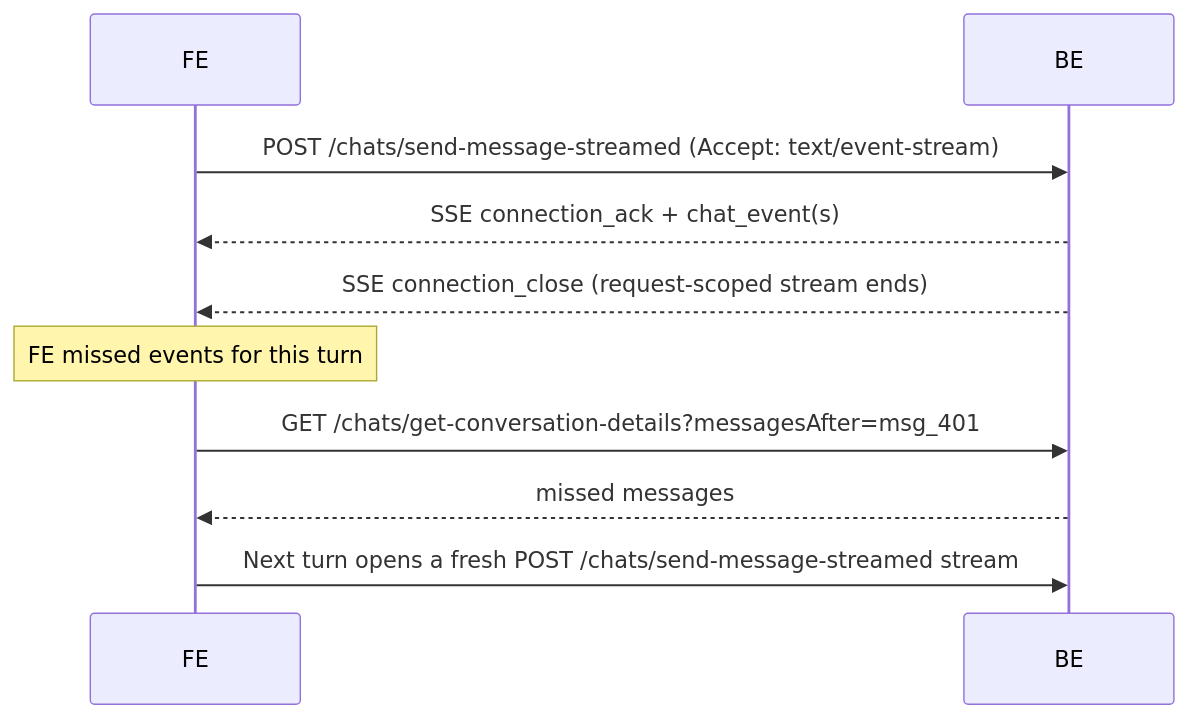
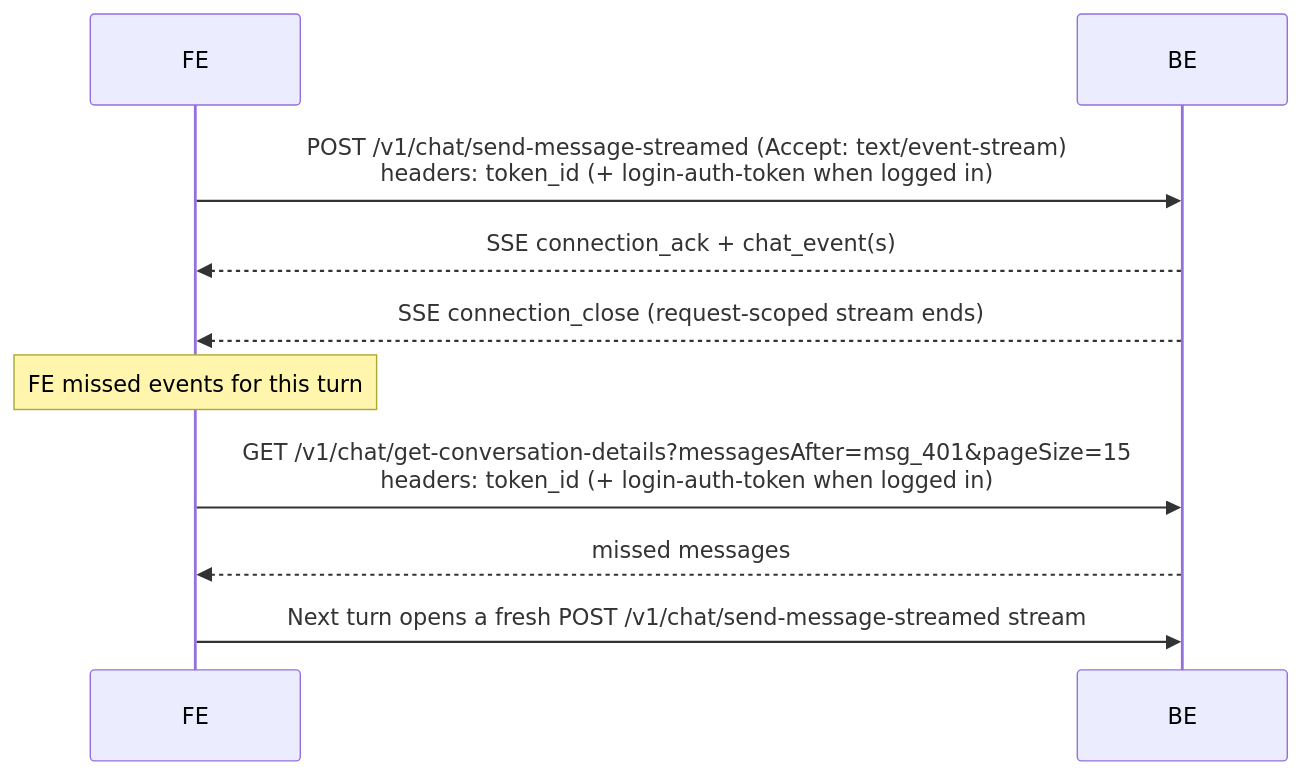
One commit to sachin-hg/chat-demo changed the fourth of 6 diagrams in chat_v1.md. Above: the diagram before and after it, drawn with Mermaid. The commit also changed other lines of this file and 42 other files, not shown here.

````diff
--- a/chat_v1.md
+++ b/chat_v1.md
@@ -602,17 +607,17 @@
 ```mermaid
 sequenceDiagram
     participant FE
     participant BE
 
-    FE->>BE: POST /chats/send-message-streamed (Accept: text/event-stream)
+    FE->>BE: POST /v1/chat/send-message-streamed (Accept: text/event-stream)<br/>headers: token_id (+ login-auth-token when logged in)
     BE-->>FE: SSE connection_ack + chat_event(s)
     BE-->>FE: SSE connection_close (request-scoped stream ends)
 
     Note over FE: FE missed events for this turn
 
-    FE->>BE: GET /chats/get-conversation-details?messagesAfter=msg_401
+    FE->>BE: GET /v1/chat/get-conversation-details?messagesAfter=msg_401&pageSize=15<br/>headers: token_id (+ login-auth-token when logged in)
     BE-->>FE: missed messages
 
-    FE->>BE: Next turn opens a fresh POST /chats/send-message-streamed stream
+    FE->>BE: Next turn opens a fresh POST /v1/chat/send-message-streamed stream
 
 ```
````
